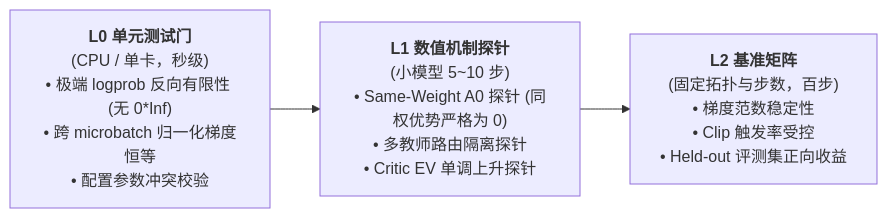
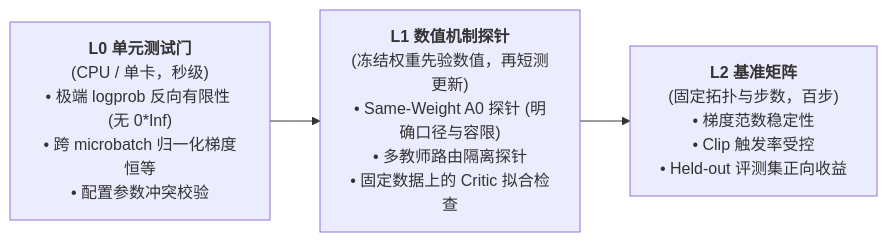
The third of 3 diagrams in notes/2026/11/2026-11-16.md (kkli08/llm-foundations-notes), drawn with Mermaid before and after one commit. The commit also changed other lines of this file and 4 other files, not shown here.

````diff
--- a/notes/2026/11/2026-11-16.md
+++ b/notes/2026/11/2026-11-16.md
@@ -187,6 +188,6 @@
 ```mermaid
 flowchart LR
     L0["<b>L0 单元测试门</b><br/>(CPU / 单卡，秒级)<br/>• 极端 logprob 反向有限性 (无 0*Inf)<br/>• 跨 microbatch 归一化梯度恒等<br/>• 配置参数冲突校验"] --> L1
-    L1["<b>L1 数值机制探针</b><br/>(小模型 5~10 步)<br/>• Same-Weight A0 探针 (同权优势严格为 0)<br/>• 多教师路由隔离探针<br/>• Critic EV 单调上升探针"] --> L2
+    L1["<b>L1 数值机制探针</b><br/>(冻结权重先验数值，再短测更新)<br/>• Same-Weight A0 探针 (明确口径与容限)<br/>• 多教师路由隔离探针<br/>• 固定数据上的 Critic 拟合检查"] --> L2
     L2["<b>L2 基准矩阵</b><br/>(固定拓扑与步数，百步)<br/>• 梯度范数稳定性<br/>• Clip 触发率受控<br/>• Held-out 评测集正向收益"]
 ```
````
